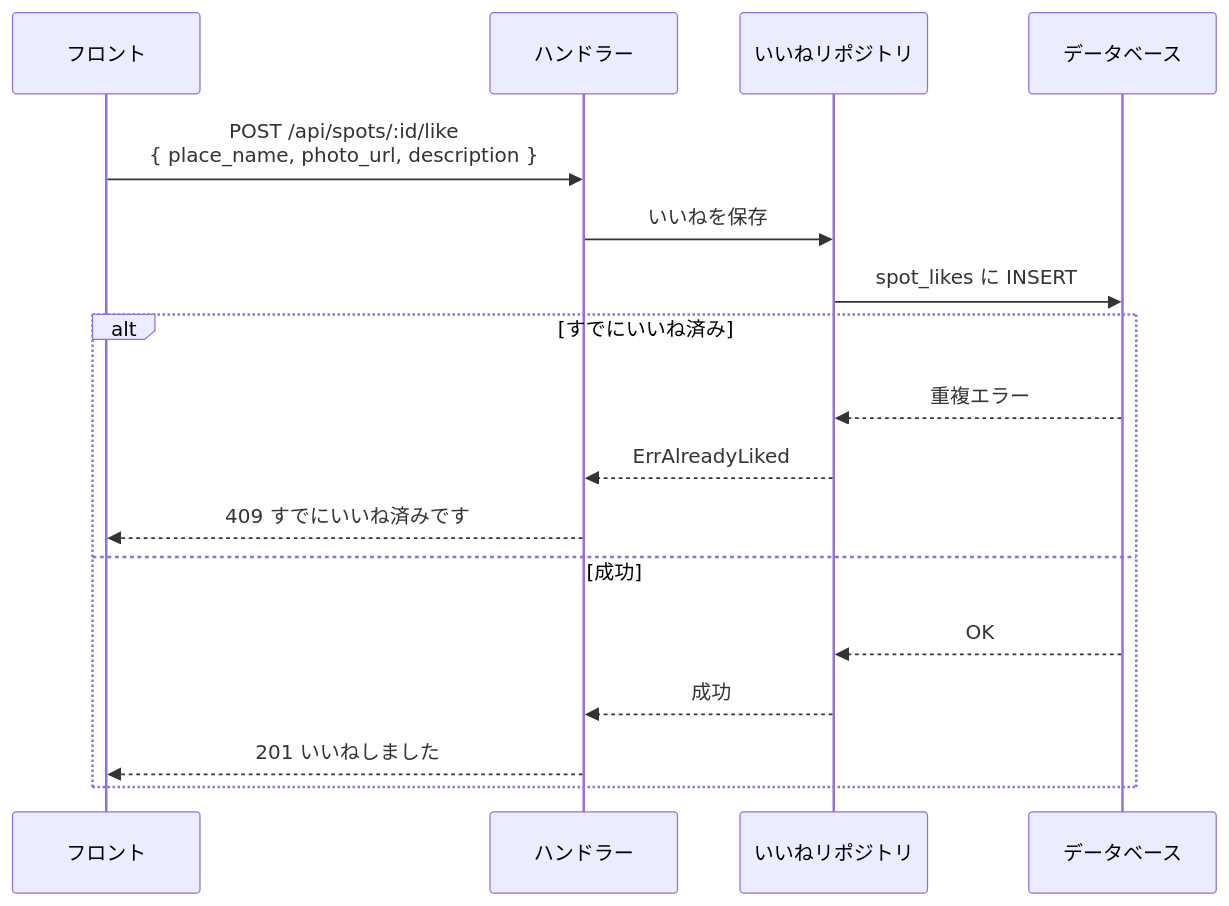
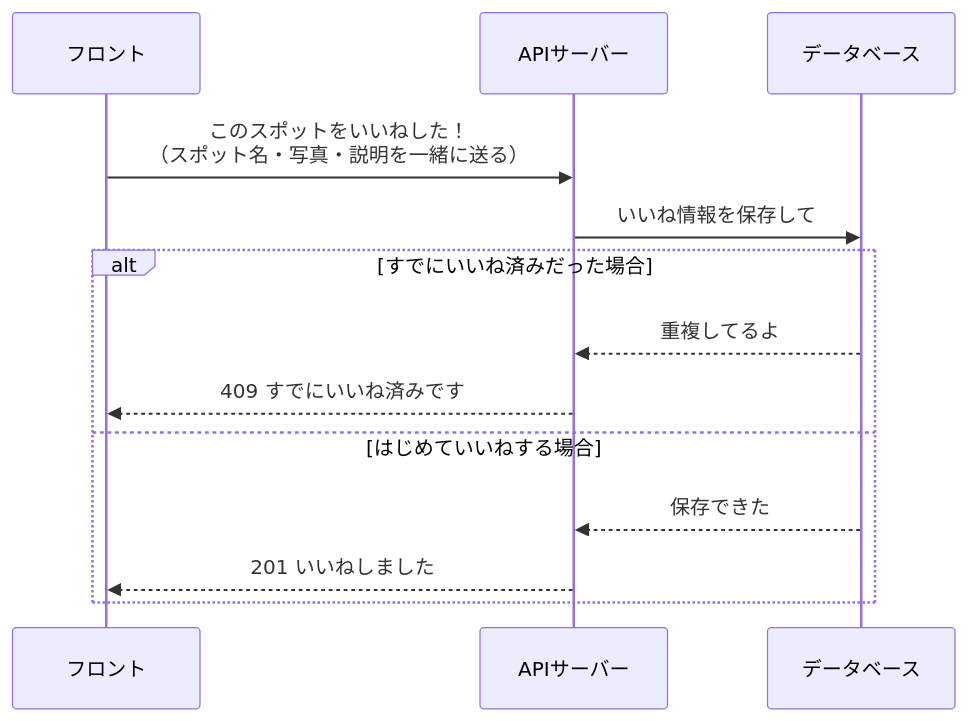
One commit to y08416/sukima-trip-backend changed the second of 6 diagrams in docs/sequence.md. Above: the diagram before and after it, drawn with Mermaid. The commit also changed other lines of this file, not shown here.

Commit message:
docs: シーケンス図の説明を噛み砕いた日本語に書き直す

````diff
--- a/docs/sequence.md
+++ b/docs/sequence.md
@@ -34,21 +29,18 @@
 ```mermaid
 sequenceDiagram
     participant フロント
-    participant ハンドラー
-    participant いいねリポジトリ
+    participant APIサーバー
     participant DB as データベース
 
-    フロント->>ハンドラー: POST /api/spots/:id/like<br/>{ place_name, photo_url, description }
-    ハンドラー->>いいねリポジトリ: いいねを保存
-    いいねリポジトリ->>DB: spot_likes に INSERT
+    フロント->>APIサーバー: このスポットをいいねした！<br/>（スポット名・写真・説明を一緒に送る）
 
-    alt すでにいいね済み
-        DB-->>いいねリポジトリ: 重複エラー
-        いいねリポジトリ-->>ハンドラー: ErrAlreadyLiked
-        ハンドラー-->>フロント: 409 すでにいいね済みです
-    else 成功
-        DB-->>いいねリポジトリ: OK
-        いいねリポジトリ-->>ハンドラー: 成功
-        ハンドラー-->>フロント: 201 いいねしました
+    APIサーバー->>DB: いいね情報を保存して
+
+    alt すでにいいね済みだった場合
+        DB-->>APIサーバー: 重複してるよ
+        APIサーバー-->>フロント: 409 すでにいいね済みです
+    else はじめていいねする場合
+        DB-->>APIサーバー: 保存できた
+        APIサーバー-->>フロント: 201 いいねしました
     end
 ```
````
